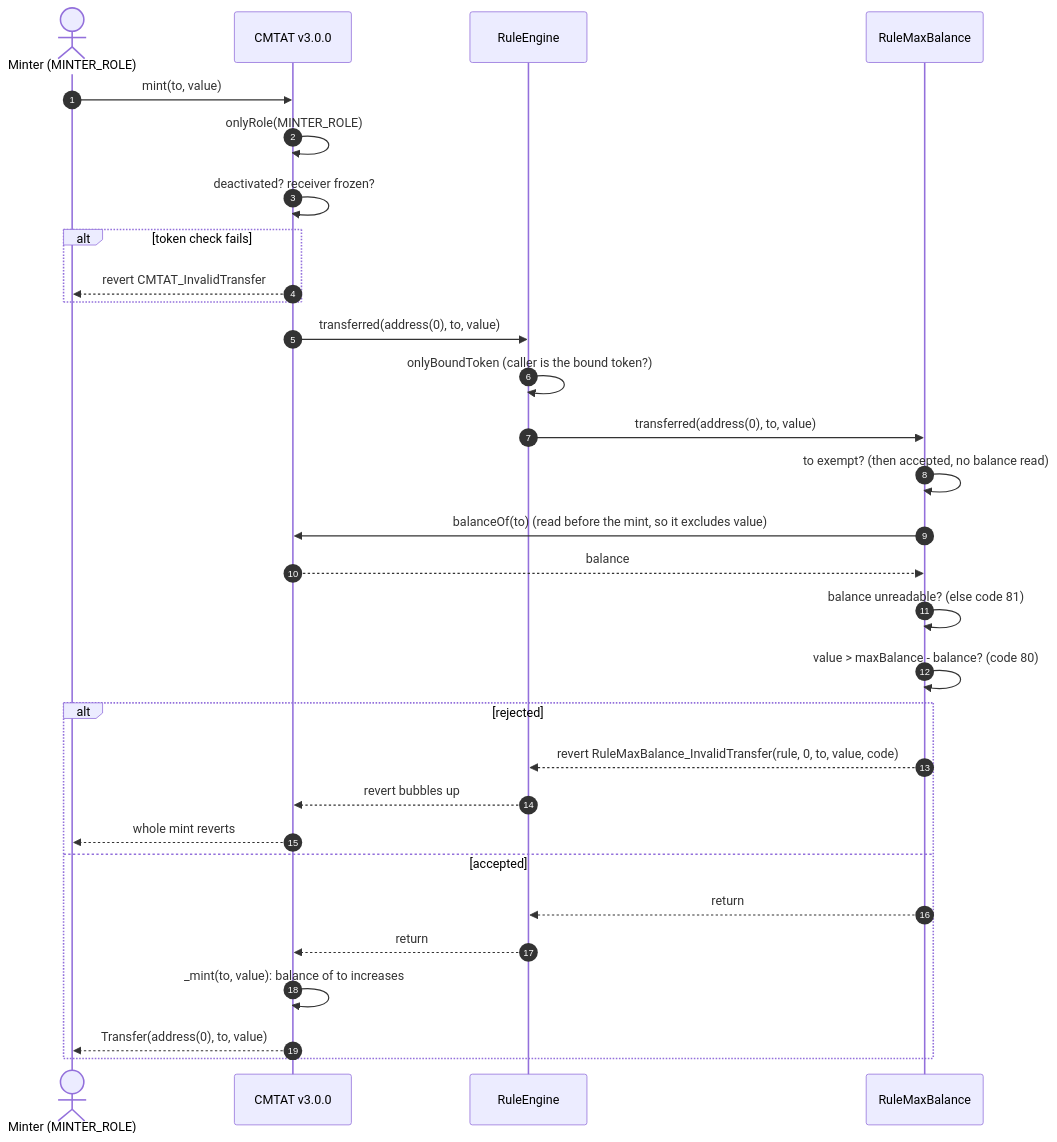
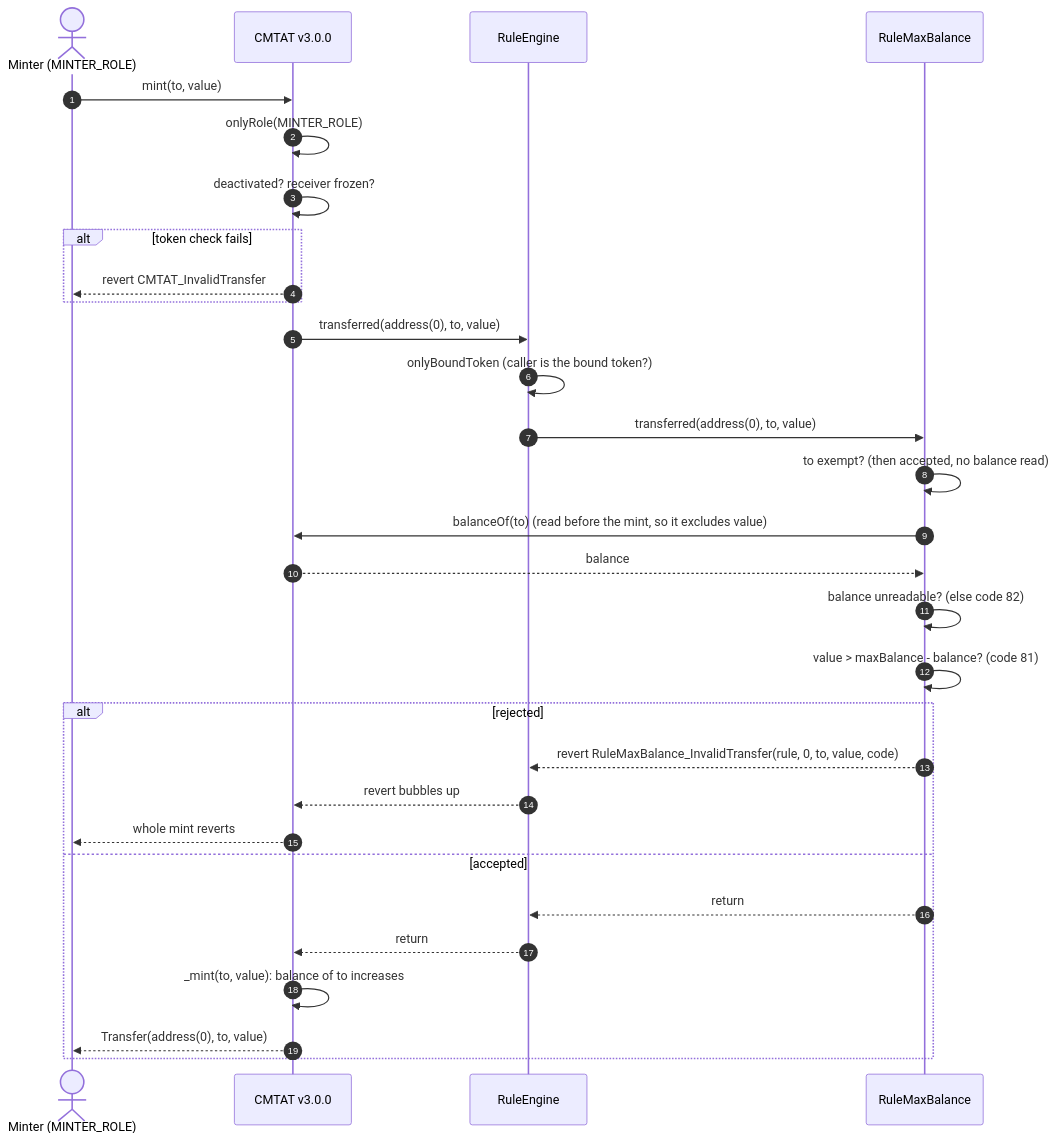
The fifth of 10 diagrams in doc/technical/guides/DEPLOY_RULE_MAX_BALANCE_CMTAT_V3.0.0.md (CMTA/Rules), drawn with Mermaid before and after one commit. The commit also changed other lines of this file and 298 other files, not shown here.

Commit message:
refactor: renumber RuleReceiverWhitelist (81 → 90) and RuleMaxBalance (82/83 → 81/82) so each rule keeps reserved restriction codes

````diff
--- a/doc/technical/guides/DEPLOY_RULE_MAX_BALANCE_CMTAT_V3.0.0.md
+++ b/doc/technical/guides/DEPLOY_RULE_MAX_BALANCE_CMTAT_V3.0.0.md
@@ -232,33 +232,33 @@
 ```mermaid
 sequenceDiagram
     autonumber
     actor Minter as Minter (MINTER_ROLE)
     participant Token as CMTAT v3.0.0
     participant Engine as RuleEngine
     participant Rule as RuleMaxBalance
 
     Minter->>Token: mint(to, value)
     Token->>Token: onlyRole(MINTER_ROLE)
     Token->>Token: deactivated? receiver frozen?
     alt token check fails
         Token-->>Minter: revert CMTAT_InvalidTransfer
     end
     Token->>Engine: transferred(address(0), to, value)
     Engine->>Engine: onlyBoundToken (caller is the bound token?)
     Engine->>Rule: transferred(address(0), to, value)
     Rule->>Rule: to exempt? (then accepted, no balance read)
     Rule->>Token: balanceOf(to) (read before the mint, so it excludes value)
     Token-->>Rule: balance
-    Rule->>Rule: balance unreadable? (else code 81)
-    Rule->>Rule: value > maxBalance - balance? (code 80)
+    Rule->>Rule: balance unreadable? (else code 82)
+    Rule->>Rule: value > maxBalance - balance? (code 81)
     alt rejected
         Rule-->>Engine: revert RuleMaxBalance_InvalidTransfer(rule, 0, to, value, code)
         Engine-->>Token: revert bubbles up
         Token-->>Minter: whole mint reverts
     else accepted
         Rule-->>Engine: return
         Engine-->>Token: return
         Token->>Token: _mint(to, value): balance of to increases
         Token-->>Minter: Transfer(address(0), to, value)
     end
 ```
````
